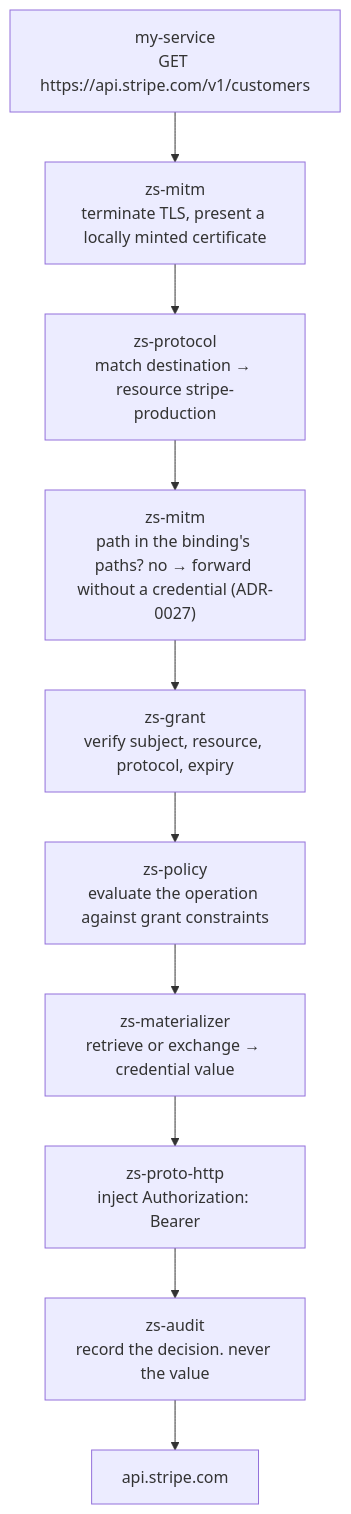
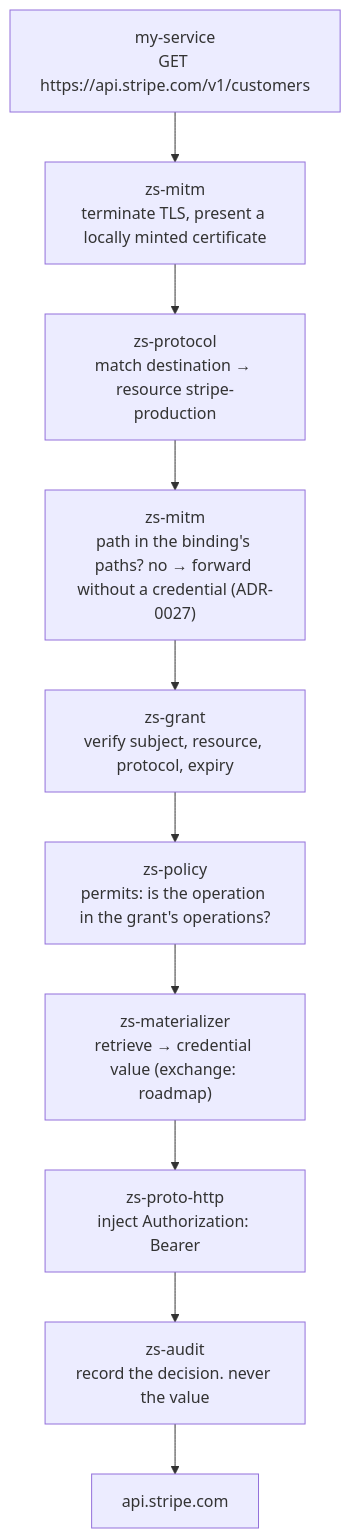
The second of 7 diagrams in docs/ARCHITECTURE.md (pewh/zerosecret-engine), drawn with Mermaid before and after one commit. The commit also changed other lines of this file and 60 other files, not shown here.

````diff
--- a/docs/ARCHITECTURE.md
+++ b/docs/ARCHITECTURE.md
@@ -213,15 +224,15 @@
 ```mermaid
 flowchart TD
     A["my-service<br/>GET https://api.stripe.com/v1/customers"]
     B["zs-mitm<br/>terminate TLS, present a locally minted certificate"]
     C["zs-protocol<br/>match destination → resource stripe-production"]
     S["zs-mitm<br/>path in the binding's paths? no → forward without a credential (ADR-0027)"]
     D["zs-grant<br/>verify subject, resource, protocol, expiry"]
-    E["zs-policy<br/>evaluate the operation against grant constraints"]
-    F["zs-materializer<br/>retrieve or exchange → credential value"]
+    E["zs-policy<br/>permits: is the operation in the grant's operations?"]
+    F["zs-materializer<br/>retrieve → credential value (exchange: roadmap)"]
     G["zs-proto-http<br/>inject Authorization: Bearer"]
     H["zs-audit<br/>record the decision. never the value"]
     I["api.stripe.com"]
 
     A --> B --> C --> S --> D --> E --> F --> G --> H --> I
 ```
````
